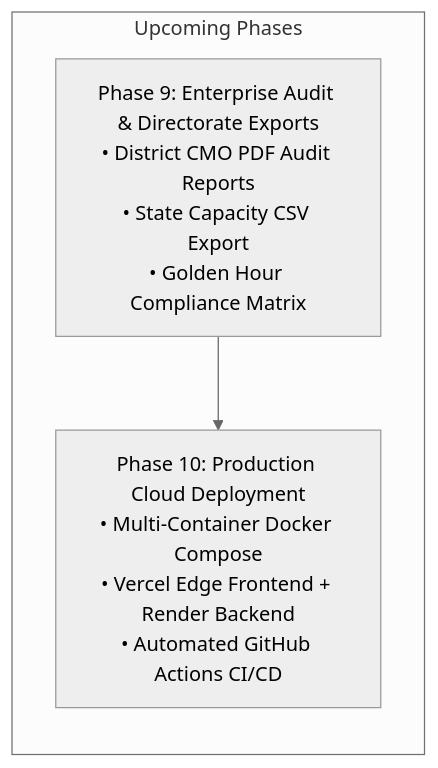
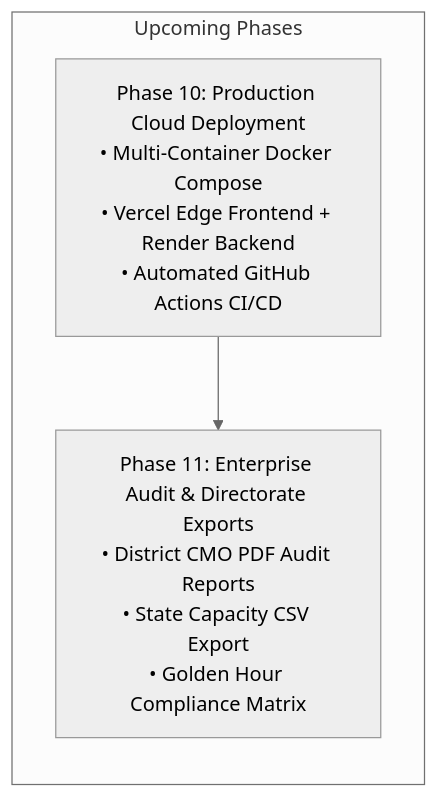
Diagram 15 of 15 in README.md (PG300604/TriageNet), drawn with Mermaid (neutral theme) before and after one commit. The commit also changed other lines of this file, not shown here.

Commit message:
docs: update README with Phase 9 completion and roadmap

````diff
--- a/README.md
+++ b/README.md
@@ -990,10 +1004,10 @@
 ```mermaid
 flowchart LR
     subgraph Upcoming["Upcoming Phases"]
         direction TB
-        P9["Phase 9: Enterprise Audit & Directorate Exports<br/>• District CMO PDF Audit Reports<br/>• State Capacity CSV Export<br/>• Golden Hour Compliance Matrix"]
         P10["Phase 10: Production Cloud Deployment<br/>• Multi-Container Docker Compose<br/>• Vercel Edge Frontend + Render Backend<br/>• Automated GitHub Actions CI/CD"]
+        P11["Phase 11: Enterprise Audit & Directorate Exports<br/>• District CMO PDF Audit Reports<br/>• State Capacity CSV Export<br/>• Golden Hour Compliance Matrix"]
     end
 
-    P9 --> P10
+    P10 --> P11
 ```
````
